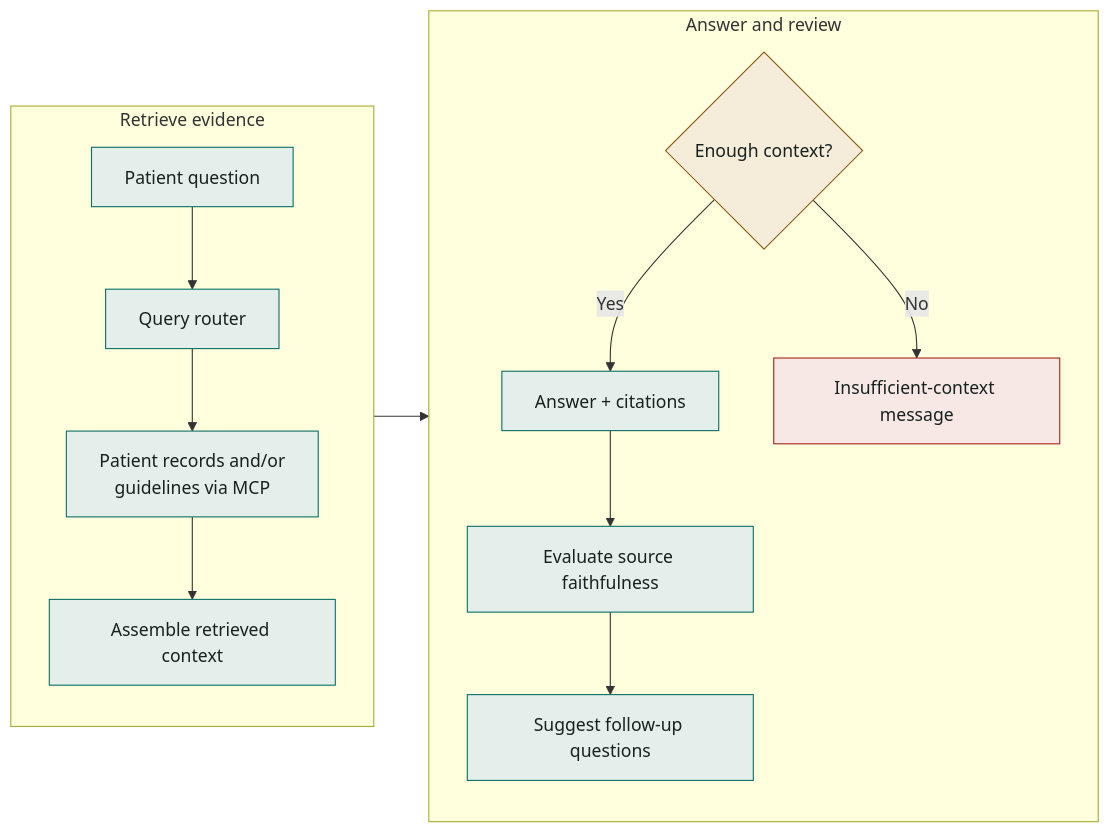
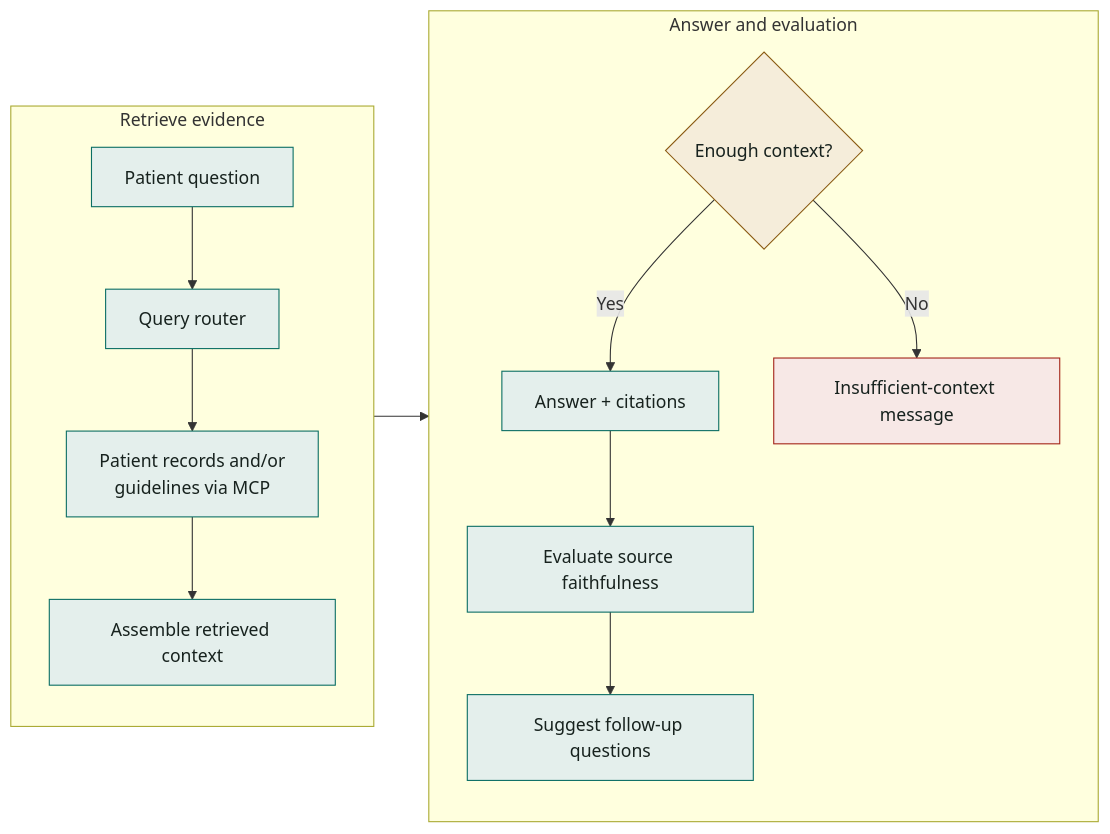
Before and after one commit to anushacodes/apollo-healthcare-agent: the third of 3 diagrams in README.md, drawn with Mermaid. The commit also changed other lines of this file and 4 other files, not shown here.

````diff
--- a/README.md
+++ b/README.md
@@ -59,24 +79,24 @@
 ```mermaid
 flowchart LR
     subgraph retrieval["Retrieve evidence"]
         direction TB
         question["Patient question"] --> router["Query router"]
         router --> sources["Patient records and/or<br/>guidelines via MCP"]
         sources --> context["Assemble retrieved context"]
     end
-    subgraph response["Answer and review"]
+    subgraph response["Answer and evaluation"]
         direction TB
         sufficient{"Enough context?"} -->|Yes| generate["Answer + citations"]
         sufficient -->|No| refusal["Insufficient-context message"]
         generate --> evaluate["Evaluate source faithfulness"]
         evaluate --> followups["Suggest follow-up questions"]
     end
     retrieval --> response
 
     classDef step fill:#e4efec,stroke:#0b6e64,color:#17221e
     classDef decision fill:#f5edda,stroke:#8a5a12,color:#17221e
     classDef stop fill:#f7e8e6,stroke:#a32419,color:#17221e
     class question,router,sources,context,generate,evaluate,followups step
     class sufficient decision
     class refusal stop
 ```
````
